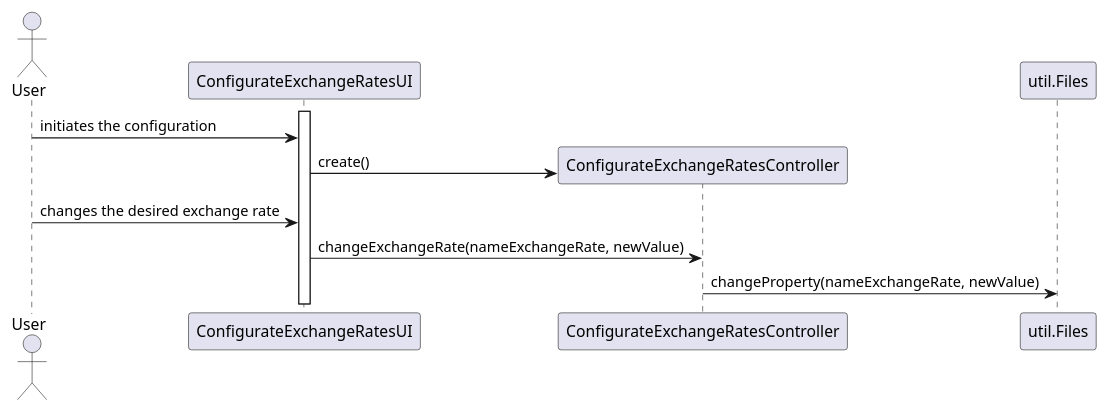
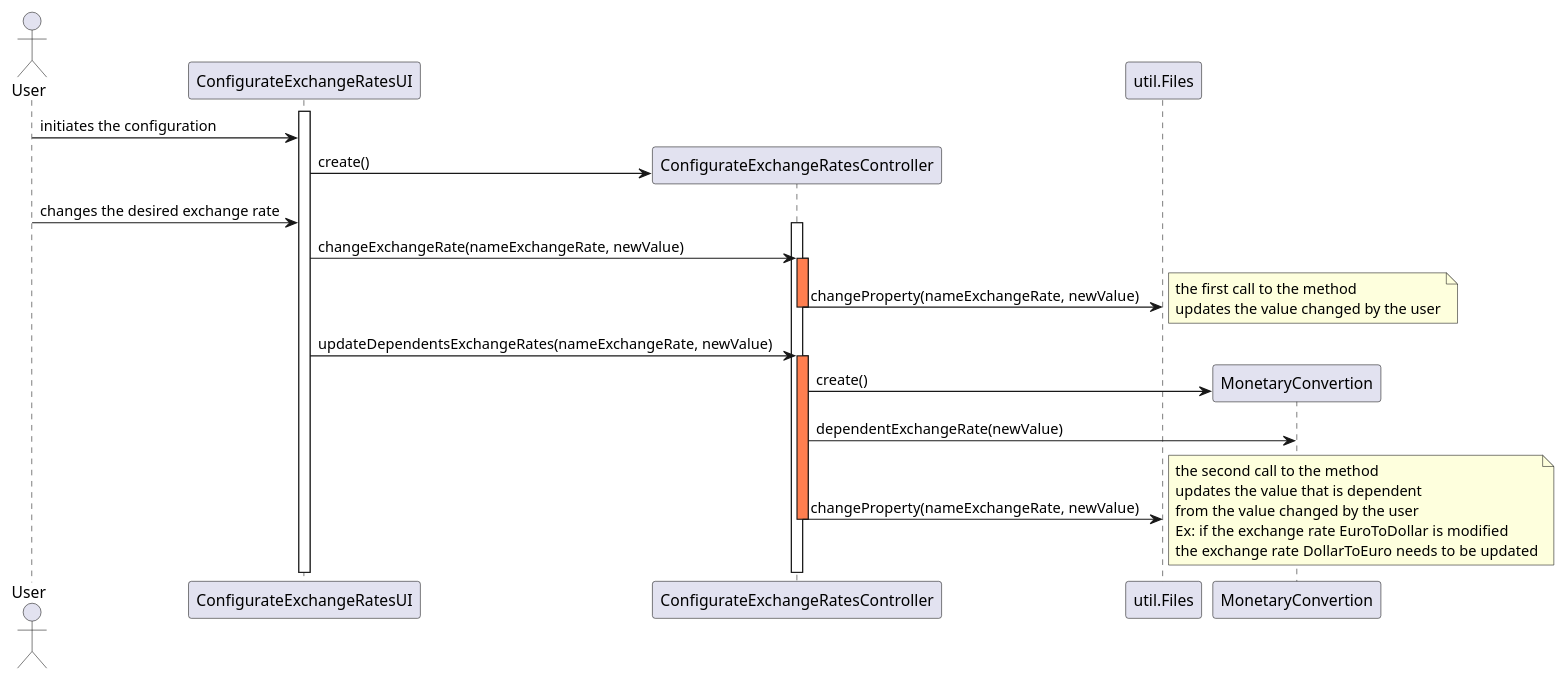
The diagram in src/main/java/lapr4/red/s2/lang/n1150690/formula/lang01_2_configurateExchangeRates.puml (MikeTekOn/lapr4-2017-2dd), drawn with PlantUML before and after one commit. The commit also changed 13 other files, not shown here.

```diff
--- a/src/main/java/lapr4/red/s2/lang/n1150690/formula/lang01_2_configurateExchangeRates.puml
+++ b/src/main/java/lapr4/red/s2/lang/n1150690/formula/lang01_2_configurateExchangeRates.puml
@@ -1,18 +1,39 @@
 @startuml core02_01_design3.png
     actor User
        
     participant "ConfigurateExchangeRatesUI" as ui
     participant "ConfigurateExchangeRatesController" as ctrl
     participant "util.Files" as file
+    participant "MonetaryConvertion" as money
 
     activate ui
     User -> ui : initiates the configuration 
     create ctrl
     ui -> ctrl : create()
     User -> ui : changes the desired exchange rate
     
+    activate ctrl
     ui -> ctrl : changeExchangeRate(nameExchangeRate, newValue)
-    
+    activate ctrl #Coral
     ctrl -> file : changeProperty(nameExchangeRate, newValue)
-    
+deactivate ctrl 
+    note right
+            the first call to the method 
+            updates the value changed by the user
+    end note
+    ui -> ctrl : updateDependentsExchangeRates(nameExchangeRate, newValue)
+    activate ctrl #Coral
+    create money
+    ctrl -> money : create()
+    ctrl -> money : dependentExchangeRate(newValue)
+
+    ctrl -> file : changeProperty(nameExchangeRate, newValue)
+    note right 
+            the second call to the method 
+            updates the value that is dependent 
+            from the value changed by the user
+            Ex: if the exchange rate EuroToDollar is modified
+            the exchange rate DollarToEuro needs to be updated
+    end note
+    deactivate ctrl 
 @enduml
```
